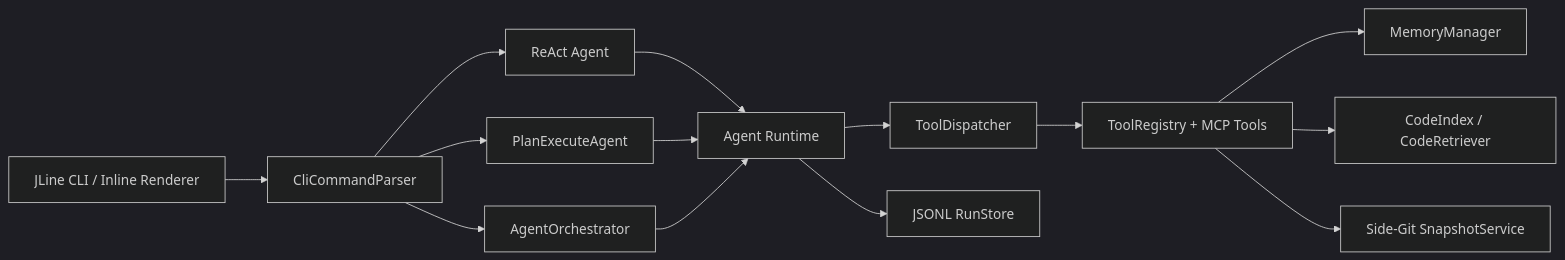
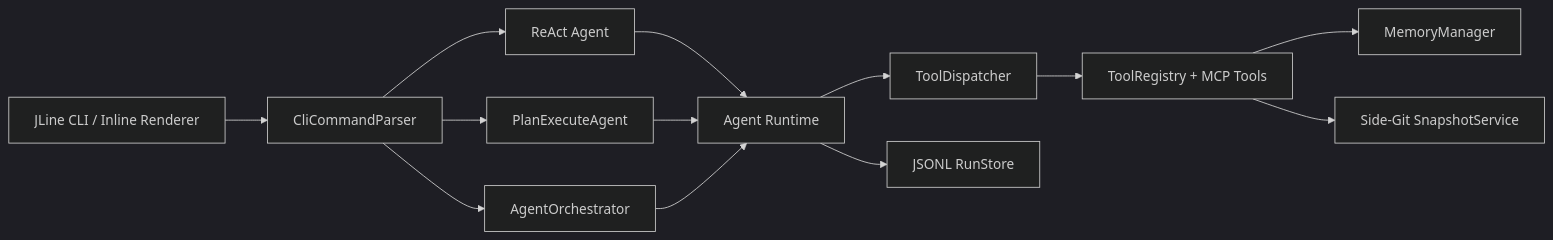
The first of 2 diagrams in README.md (guolurenli/MindCLI), drawn with Mermaid (dark theme) before and after one commit. The commit also changed other lines of this file and 47 other files, not shown here.

````diff
--- a/README.md
+++ b/README.md
@@ -41,16 +41,15 @@
 ```mermaid
 flowchart LR
     CLI["JLine CLI / Inline Renderer"] --> Parser["CliCommandParser"]
     Parser --> React["ReAct Agent"]
     Parser --> Plan["PlanExecuteAgent"]
     Parser --> Team["AgentOrchestrator"]
     React --> Runtime["Agent Runtime"]
     Plan --> Runtime
     Team --> Runtime
     Runtime --> Dispatcher["ToolDispatcher"]
     Dispatcher --> Tools["ToolRegistry + MCP Tools"]
     Tools --> Memory["MemoryManager"]
-    Tools --> RAG["CodeIndex / CodeRetriever"]
     Tools --> Snapshot["Side-Git SnapshotService"]
     Runtime --> RunStore["JSONL RunStore"]
 ```
````
